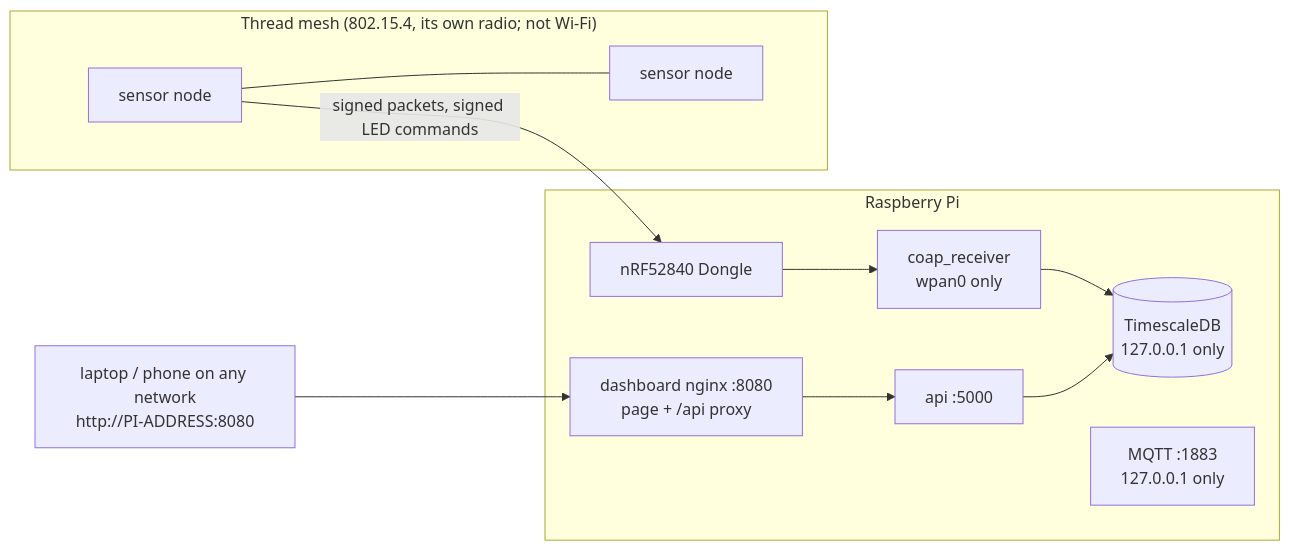
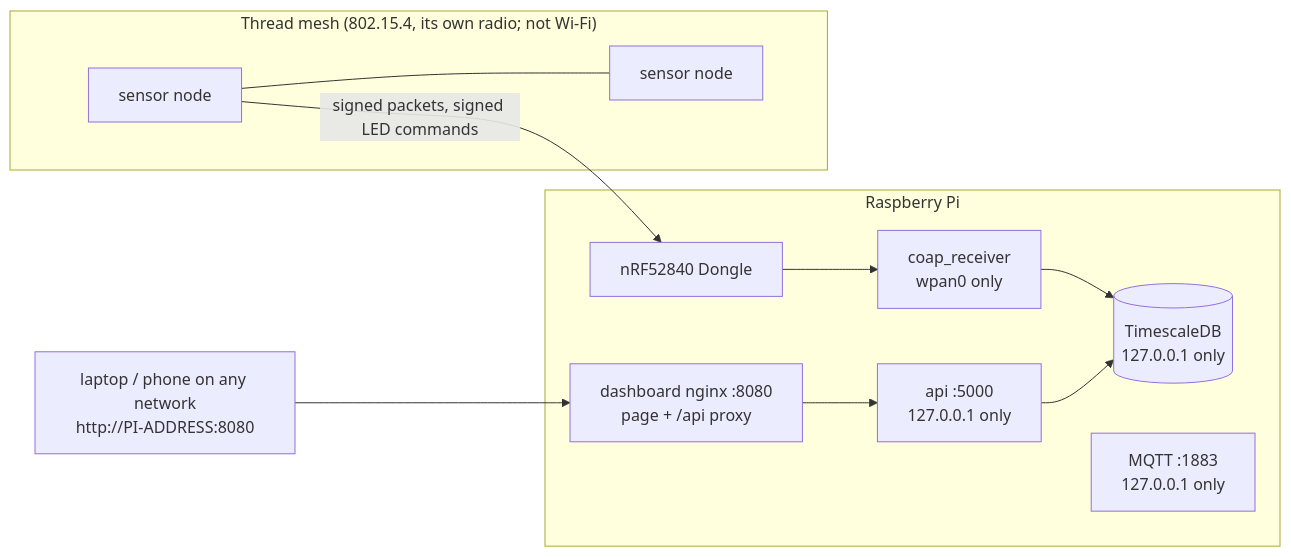
The diagram in documentation/network_and_access.md (johnnietse/strawberry-farm), drawn with Mermaid before and after one commit. The commit also changed other lines of this file and 19 other files, not shown here.

````diff
--- a/documentation/network_and_access.md
+++ b/documentation/network_and_access.md
@@ -6,15 +6,15 @@
 ```mermaid
 graph LR
     subgraph Thread["Thread mesh (802.15.4, its own radio; not Wi-Fi)"]
         N1[sensor node] --- N2[sensor node]
     end
     N1 -- "signed packets, signed LED commands" --> D[nRF52840 Dongle]
     subgraph Pi["Raspberry Pi"]
         D --> RX[coap_receiver<br/>wpan0 only]
         RX --> DB[(TimescaleDB<br/>127.0.0.1 only)]
-        API[api :5000] --> DB
+        API[api :5000<br/>127.0.0.1 only] --> DB
         NG[dashboard nginx :8080<br/>page + /api proxy] --> API
         MQ[MQTT :1883<br/>127.0.0.1 only]
     end
     L[laptop / phone on any network<br/>http://PI-ADDRESS:8080] --> NG
 ```
````
